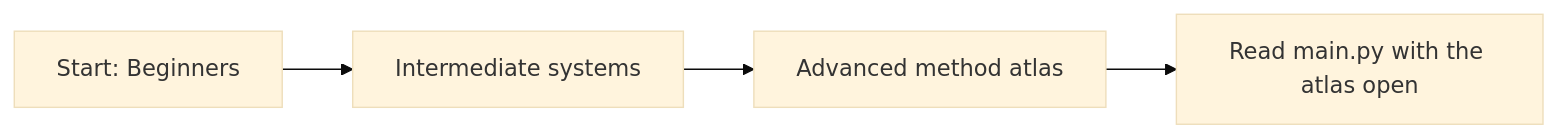
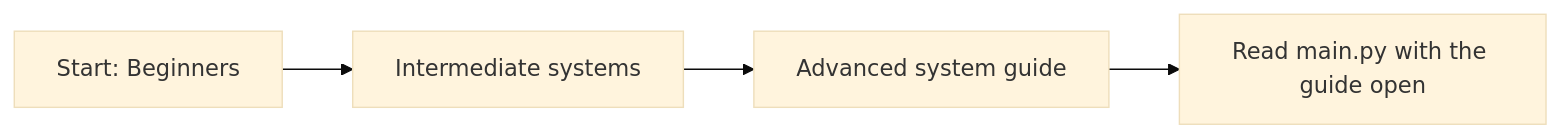
Before and after one commit to nimbold/LifeXP: the diagram in BEGINNER_GUIDE.md, drawn with Mermaid (base theme). The commit also changed other lines of this file and 1 other file, not shown here.

Commit message:
Simplify advanced beginner guide
Changes:
- Replace the exhaustive advanced method atlas with a focused systems guide.
- Update the beginner guide entry point so it describes the advanced part as a systems guide.

Additions:
- Add more Mermaid diagrams for startup, UI, quest completion, XP, trophies, saving, reports, themes, animations, update checks, and recommended reading order.

Reason:
- Make the advanced section easier for beginners to follow by covering important methods thoroughly without chasing deep helper chains.

````diff
--- a/BEGINNER_GUIDE.md
+++ b/BEGINNER_GUIDE.md
@@ -20,6 +20,6 @@
 ```mermaid
 flowchart LR
     A["Start: Beginners"] --> B["Intermediate systems"]
-    B --> C["Advanced method atlas"]
-    C --> D["Read main.py with the atlas open"]
+    B --> C["Advanced system guide"]
+    C --> D["Read main.py with the guide open"]
 ```
````
